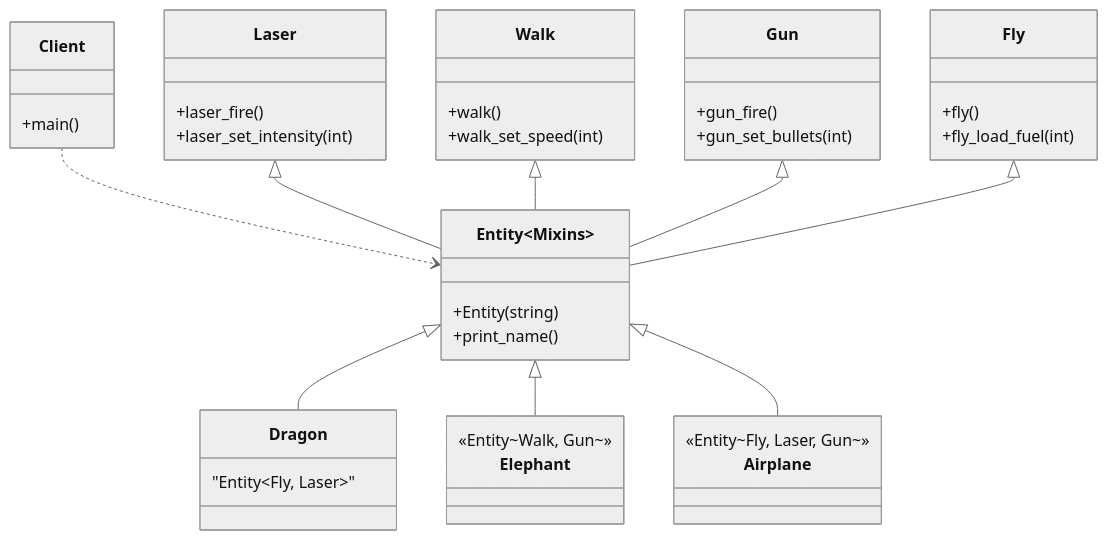
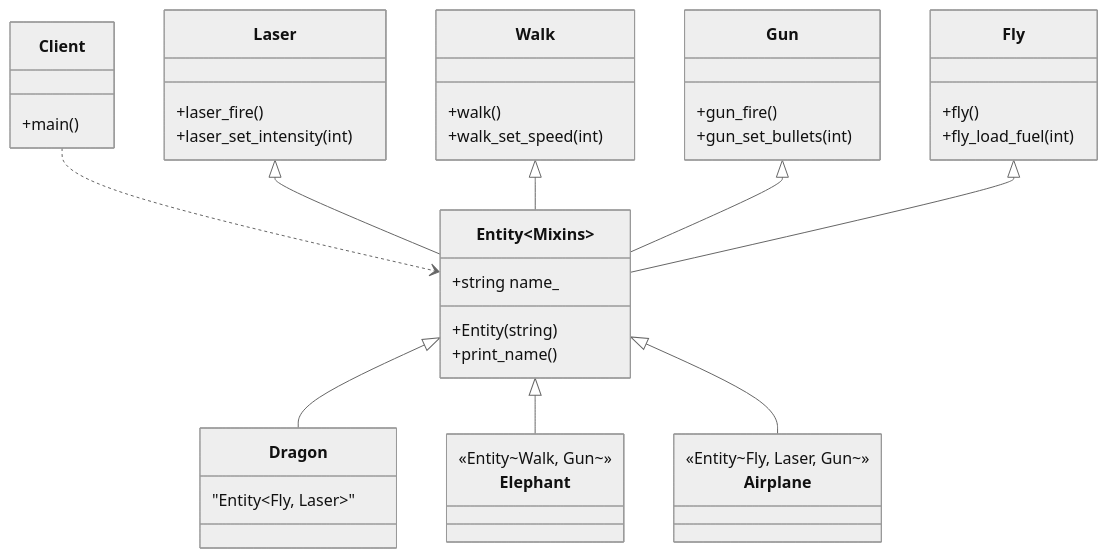
One commit to Cichlidfishexigency721/Modern-CPP-Design-Patterns changed the diagram in 15_Mixin/01_Simple/diagram.md. Above: the diagram before and after it, drawn with Mermaid (neutral theme).

Commit message:
UML improvement

````diff
--- a/15_Mixin/01_Simple/diagram.md
+++ b/15_Mixin/01_Simple/diagram.md
@@ -3,56 +3,57 @@
 ```mermaid
 classDiagram
 %%---------------------------------------------------------------------- Main:
    class Client {
       +main()
    }
 
 %%---------------------------------------------------- Features (Mixin Parts):
    class Laser {
       +laser_fire()
       +laser_set_intensity(int)
    }
 
    class Walk {
       +walk()
       +walk_set_speed(int)
    }
 
    class Gun {
       +gun_fire()
       +gun_set_bullets(int)
    }
 
    class Fly {
       +fly()
       +fly_load_fuel(int)
    }
 
 %%--------------------------------------------------------------------- Entity:
    class Entity~Mixins~ {
+      +string name_
       +Entity(string)
       +print_name()
    }
 
 %%------------------------------------------------------------ Mixin Entities:
    %% Mixin entities defined by type aliases in the code
    class Dragon { "Entity~Fly, Laser~" }
    class Elephant { <<Entity~Walk, Gun~>> }
    class Airplane { <<Entity~Fly, Laser, Gun~>> }
 
 %%----------------------------------------------------------- UML Composition:
    %% The client has an Entity<Mixins>>
    Client ..> Entity~Mixins~
 
    %% Multiple Inheritance (Horizontal Composition)
    %% Inheritance arrows do not use multiplicity numbers
    Laser <|-- Entity~Mixins~
    Walk <|-- Entity~Mixins~
    Gun <|-- Entity~Mixins~
    Fly <|-- Entity~Mixins~
 
    %% Relationships for specific types
    Entity~Mixins~ <|-- Dragon
    Entity~Mixins~ <|-- Elephant
    Entity~Mixins~ <|-- Airplane
 ```
````
